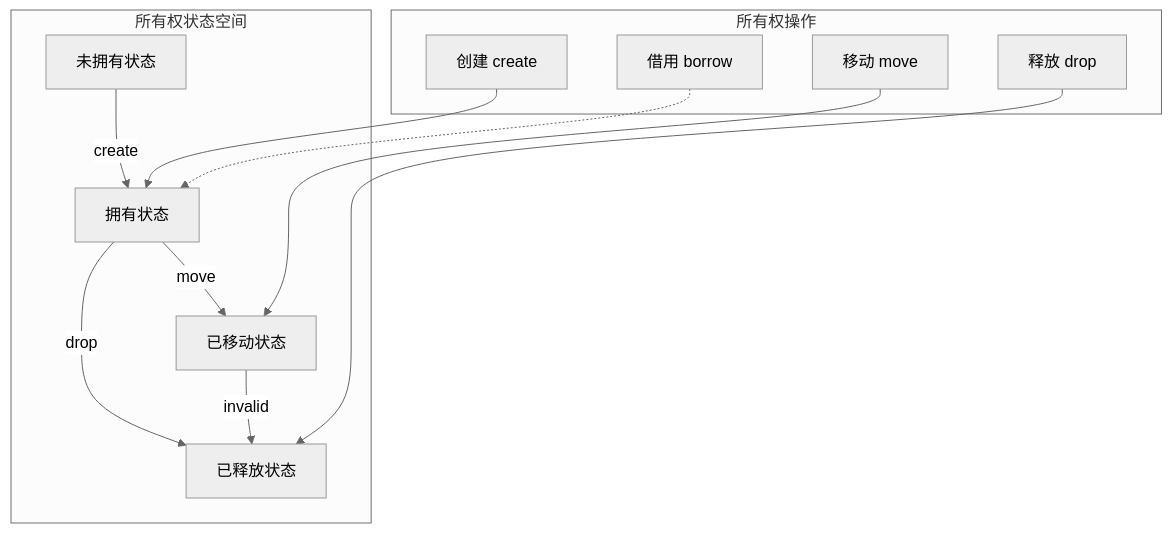
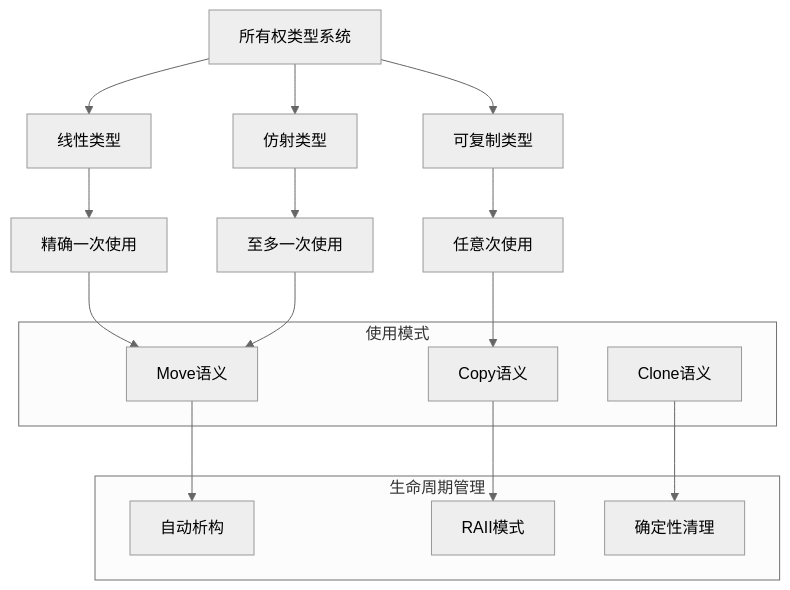
One commit to martin-ly/rust-lang changed the diagram in formal_rust/refactor/01_core_theory/01_foundation_semantics/04_ownership_system_semantics/01_ownership_rules_semantics.md. Above: the diagram before and after it, drawn with Mermaid (neutral theme). The commit also changed other lines of this file and 93 other files, not shown here.

````diff
--- a/formal_rust/refactor/01_core_theory/01_foundation_semantics/04_ownership_system_semantics/01_ownership_rules_semantics.md
+++ b/formal_rust/refactor/01_core_theory/01_foundation_semantics/04_ownership_system_semantics/01_ownership_rules_semantics.md
@@ -74,26 +62,30 @@
 ```mermaid
-graph TB
-    subgraph "所有权状态空间"
-        Unowned[未拥有状态]
-        Owned[拥有状态]
-        Moved[已移动状态]
-        Dropped[已释放状态]
+graph TD
+    A[所有权类型系统] --> B[线性类型]
+    A --> C[仿射类型]
+    A --> D[可复制类型]
+    
+    B --> E[精确一次使用]
+    C --> F[至多一次使用]
+    D --> G[任意次使用]
+    
+    subgraph "使用模式"
+        H[Move语义]
+        I[Copy语义]
+        J[Clone语义]
     end
     
-    subgraph "所有权操作"
-        Create[创建 create]
-        Move[移动 move]
-        Drop[释放 drop]
-        Borrow[借用 borrow]
+    E --> H
+    F --> H
+    G --> I
+    
+    subgraph "生命周期管理"
+        K[自动析构]
+        L[RAII模式]
+        M[确定性清理]
     end
     
-    Unowned -->|create| Owned
-    Owned -->|move| Moved
-    Owned -->|drop| Dropped
-    Moved -->|invalid| Dropped
-    
-    Create --> Owned
-    Move --> Moved
-    Drop --> Dropped
-    Borrow -.-> Owned
+    H --> K
+    I --> L
+    J --> M
 ```
````
